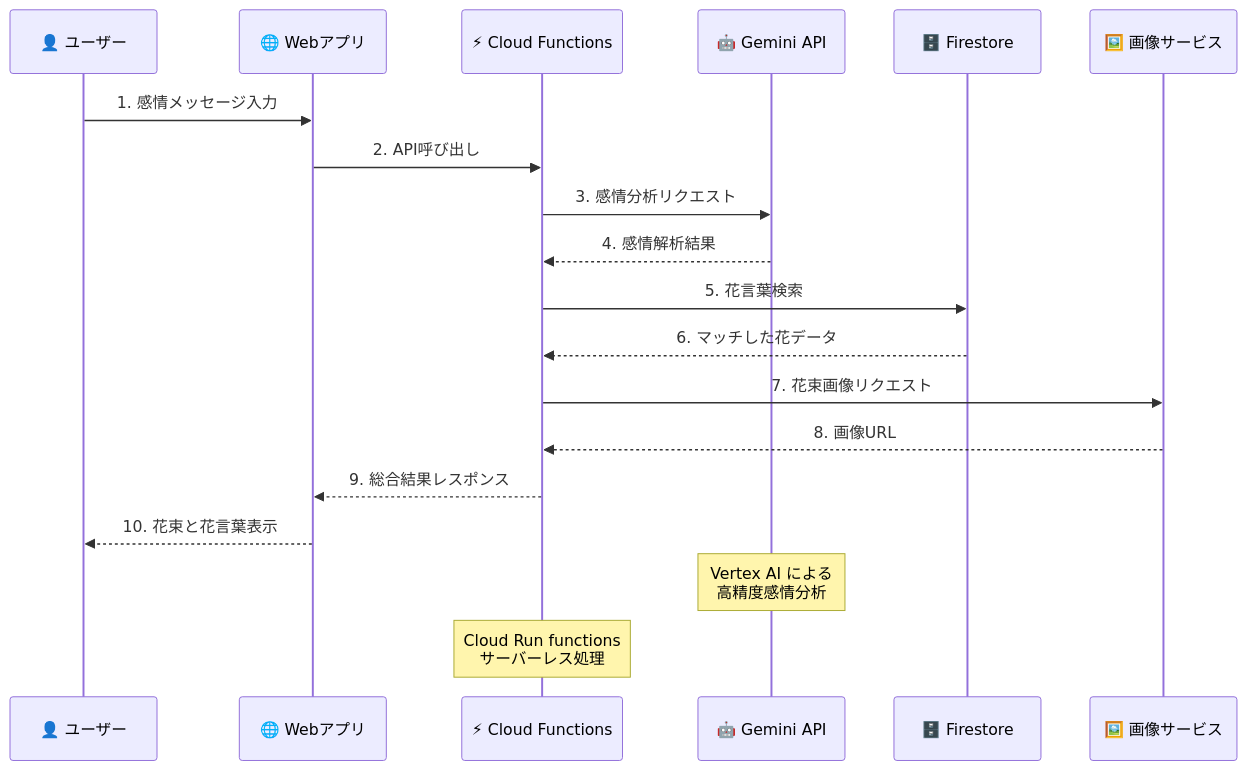
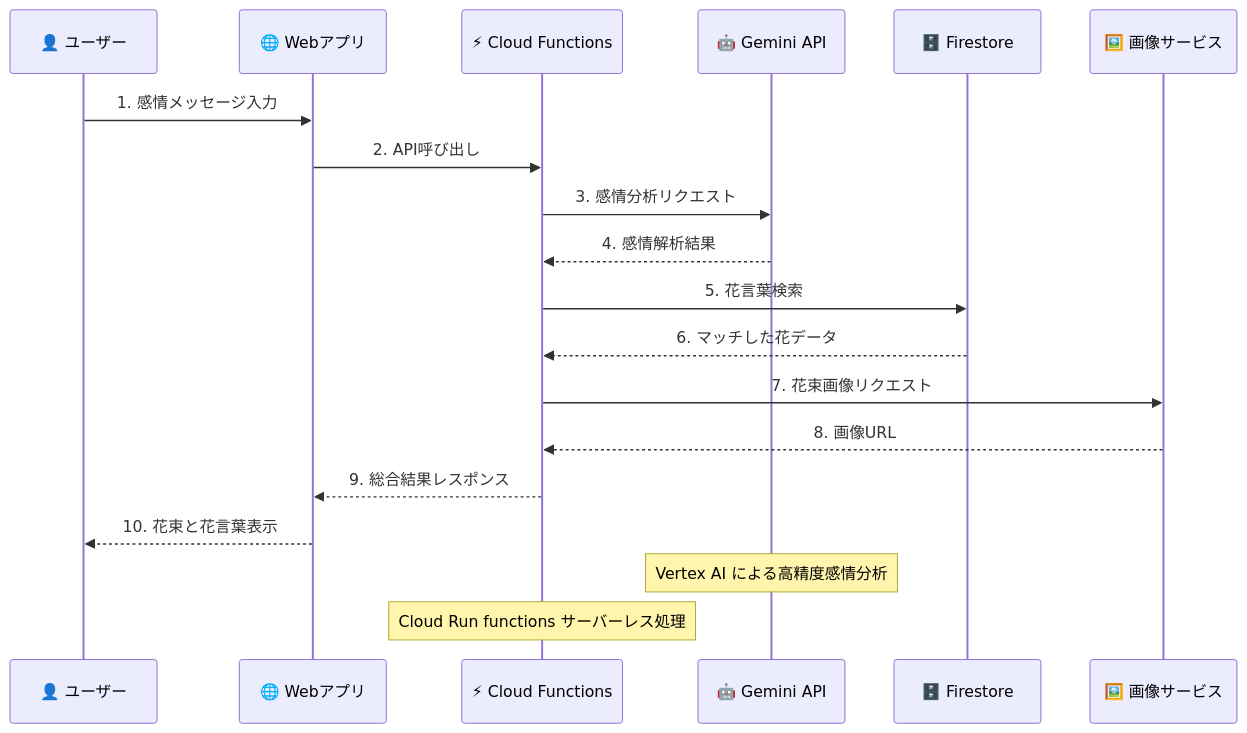
The third of 8 diagrams in docs/zenn-article-complete.md (wwlapaki310/sakisou), drawn with Mermaid before and after one commit. The commit also changed other lines of this file, not shown here.

First line of the commit message:
Fix Mermaid diagram syntax errors for GitHub compatibility

````diff
--- a/docs/zenn-article-complete.md
+++ b/docs/zenn-article-complete.md
@@ -129,23 +121,23 @@
 ```mermaid
 sequenceDiagram
     participant U as 👤 ユーザー
     participant W as 🌐 Webアプリ
     participant F as ⚡ Cloud Functions
     participant G as 🤖 Gemini API
     participant D as 🗄️ Firestore
     participant I as 🖼️ 画像サービス
     
     U->>W: 1. 感情メッセージ入力
     W->>F: 2. API呼び出し
     F->>G: 3. 感情分析リクエスト
     G-->>F: 4. 感情解析結果
     F->>D: 5. 花言葉検索
     D-->>F: 6. マッチした花データ
     F->>I: 7. 花束画像リクエスト
     I-->>F: 8. 画像URL
     F-->>W: 9. 総合結果レスポンス
     W-->>U: 10. 花束と花言葉表示
     
-    Note over G: Vertex AI による<br/>高精度感情分析
-    Note over F: Cloud Run functions<br/>サーバーレス処理
+    Note over G: Vertex AI による高精度感情分析
+    Note over F: Cloud Run functions サーバーレス処理
 ```
````
